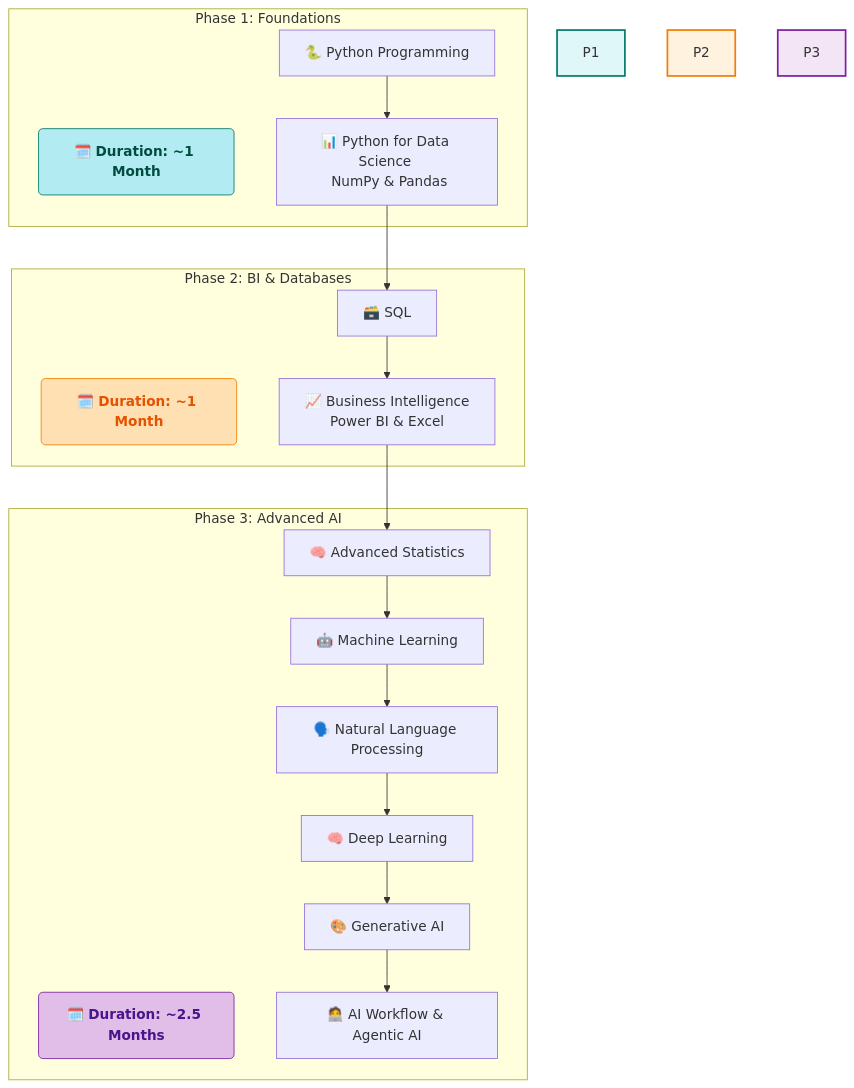
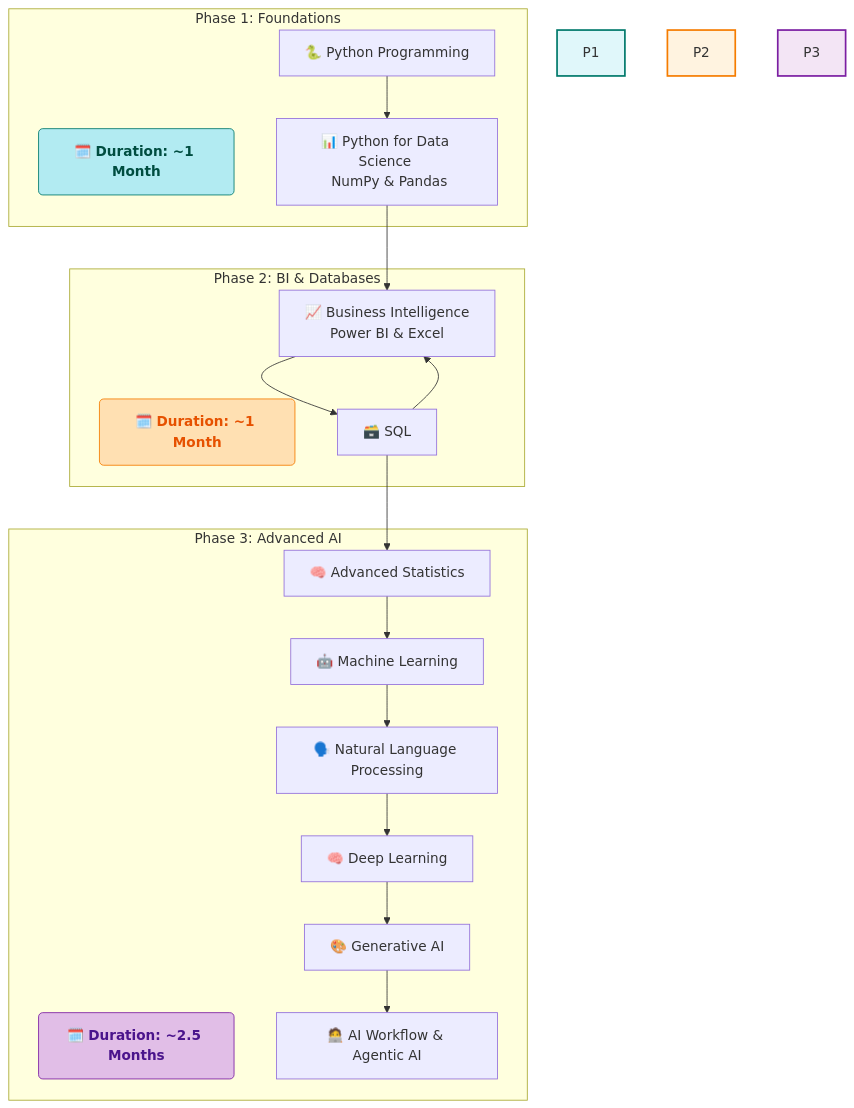
One commit to riyann00b/SDHub-DS changed the diagram in README.md. Above: the diagram before and after it, drawn with Mermaid. The commit also changed other lines of this file, not shown here.

````diff
--- a/README.md
+++ b/README.md
@@ -65,30 +65,31 @@
 ```mermaid
 graph TD
     subgraph "Phase 1: Foundations"
         style P1 fill:#e0f7fa,stroke:#00796b,stroke-width:2px
         P1_duration("🗓️ <b>Duration: ~1 Month</b>")
         style P1_duration fill:#b2ebf2,stroke:#00796b,color:#004d40
         A[🐍 Python Programming] --> B[📊 Python for Data Science <br> NumPy & Pandas];
     end
 
     subgraph "Phase 2: BI & Databases"
         style P2 fill:#fff3e0,stroke:#f57c00,stroke-width:2px
         P2_duration("🗓️ <b>Duration: ~1 Month</b>")
         style P2_duration fill:#ffe0b2,stroke:#f57c00,color:#e65100
         C[🗃️ SQL] --> D[📈 Business Intelligence <br> Power BI & Excel];
     end
 
     subgraph "Phase 3: Advanced AI"
         style P3 fill:#f3e5f5,stroke:#7b1fa2,stroke-width:2px
         P3_duration("🗓️ <b>Duration: ~2.5 Months</b>")
         style P3_duration fill:#e1bee7,stroke:#7b1fa2,color:#4a148c
         E[🧠 Advanced Statistics] --> F[🤖 Machine Learning];
         F --> G[🗣️ Natural Language Processing];
         G --> H[🧠 Deep Learning];
         H --> I[🎨 Generative AI];
         I --> J[🧑‍💻 AI Workflow & Agentic AI];
     end
 
-    B --> C;
-    D --> E;
+    B --> D;
+    D --> C;
+    C --> E;
 ```
````
